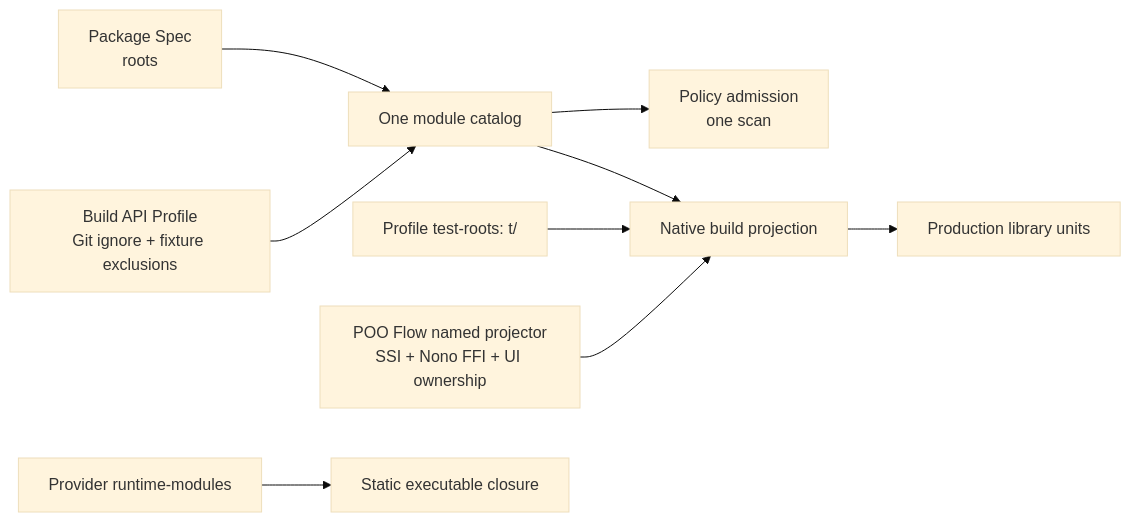
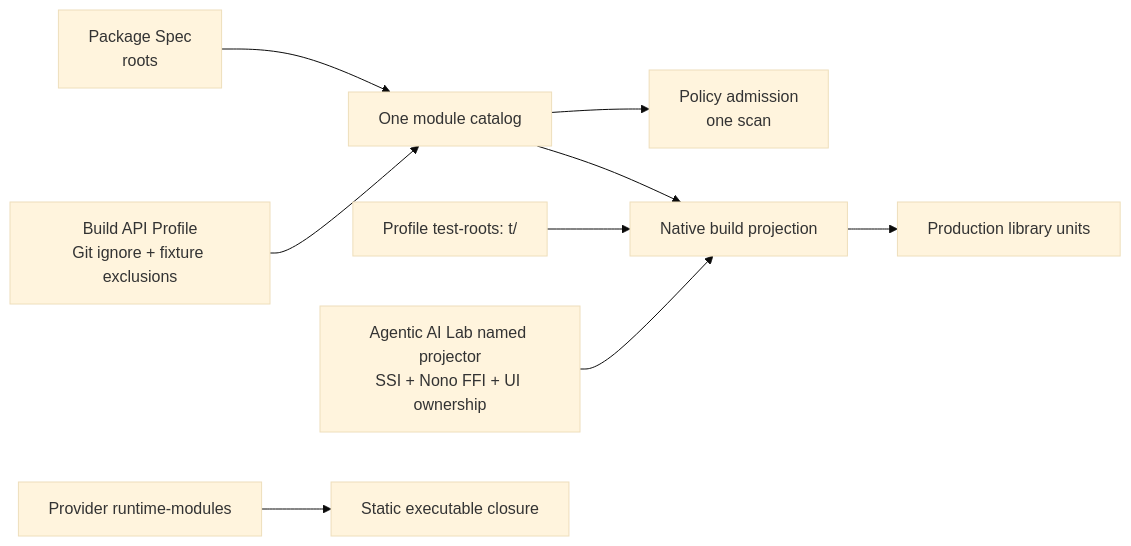
Before and after one commit to tao3k/gebril-yuanxu: the third of 3 diagrams in module-system/design/147-adaptive-scheme-build-guard/17-build-api-cutover-closure.org, drawn with Mermaid (base theme). The commit also changed other lines of this file and 507 other files, not shown here.

```diff
--- a/module-system/design/147-adaptive-scheme-build-guard/17-build-api-cutover-closure.org
+++ b/module-system/design/147-adaptive-scheme-build-guard/17-build-api-cutover-closure.org
@@ -103,11 +103,11 @@
 #+begin_src mermaid
 flowchart LR
   ROOT["Package Spec\nroots"] --> CATALOG["One module catalog"]
   PROFILE["Build API Profile\nGit ignore + fixture exclusions"] --> CATALOG
   CATALOG --> POLICY["Policy admission\none scan"]
   TESTS["Profile test-roots: t/"] --> NATIVE["Native build projection"]
   CATALOG --> NATIVE
-  PROJECTOR["POO Flow named projector\nSSI + Nono FFI + UI ownership"] --> NATIVE
+  PROJECTOR["Agentic AI Lab named projector\nSSI + Nono FFI + UI ownership"] --> NATIVE
   NATIVE --> RUNTIME["Production library units"]
   PROVIDER["Provider runtime-modules"] --> CLOSURE["Static executable closure"]
 #+end_src
```
